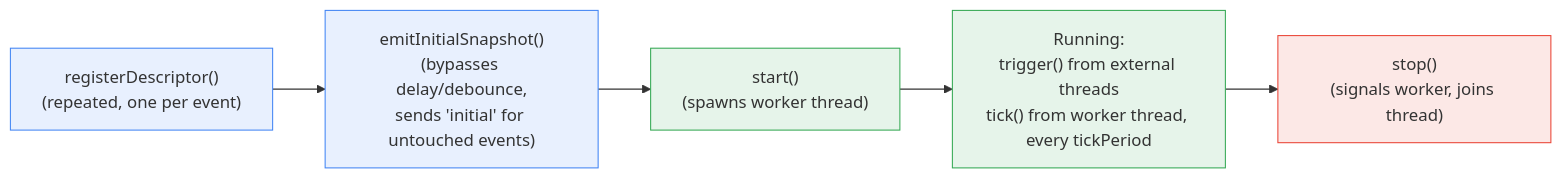
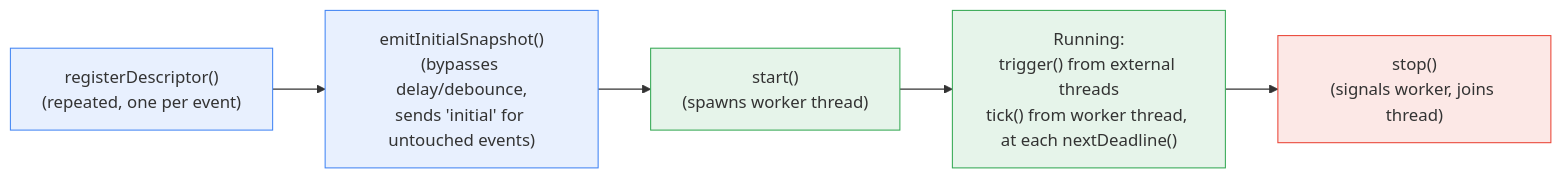
One commit to alexcvc/event-supervision-core changed the fifth of 5 diagrams in README.md. Above: the diagram before and after it, drawn with Mermaid. The commit also changed other lines of this file and 6 other files, not shown here.

First line of the commit message:
Wake worker thread adaptively on nearest descriptor deadline (#3)

````diff
--- a/README.md
+++ b/README.md
@@ -239,13 +265,13 @@
 ```mermaid
 graph LR
     A["registerDescriptor()\n(repeated, one per event)"] --> B["emitInitialSnapshot()\n(bypasses delay/debounce,\nsends 'initial' for untouched events)"]
     B --> C["start()\n(spawns worker thread)"]
-    C --> D["Running:\ntrigger() from external threads\ntick() from worker thread, every tickPeriod"]
+    C --> D["Running:\ntrigger() from external threads\ntick() from worker thread, at each nextDeadline()"]
     D --> E["stop()\n(signals worker, joins thread)"]
 
     style A fill:#e8f0fe,stroke:#4285f4
     style B fill:#e8f0fe,stroke:#4285f4
     style C fill:#e6f4ea,stroke:#34a853
     style D fill:#e6f4ea,stroke:#34a853
     style E fill:#fce8e6,stroke:#ea4335
 ```
````
